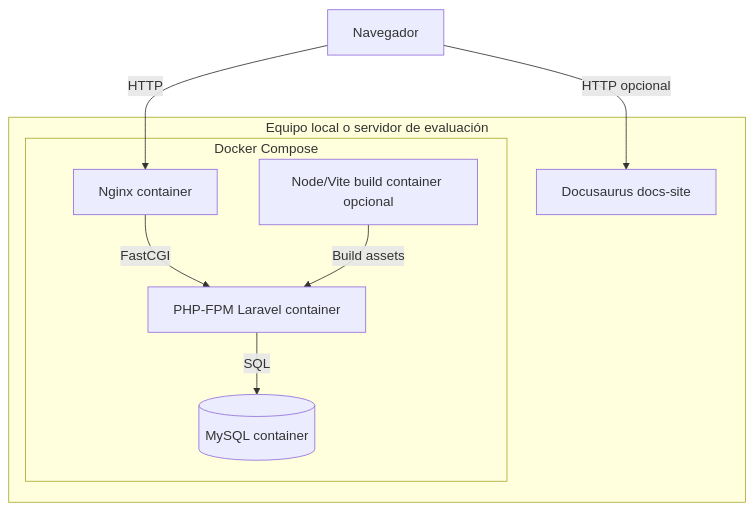
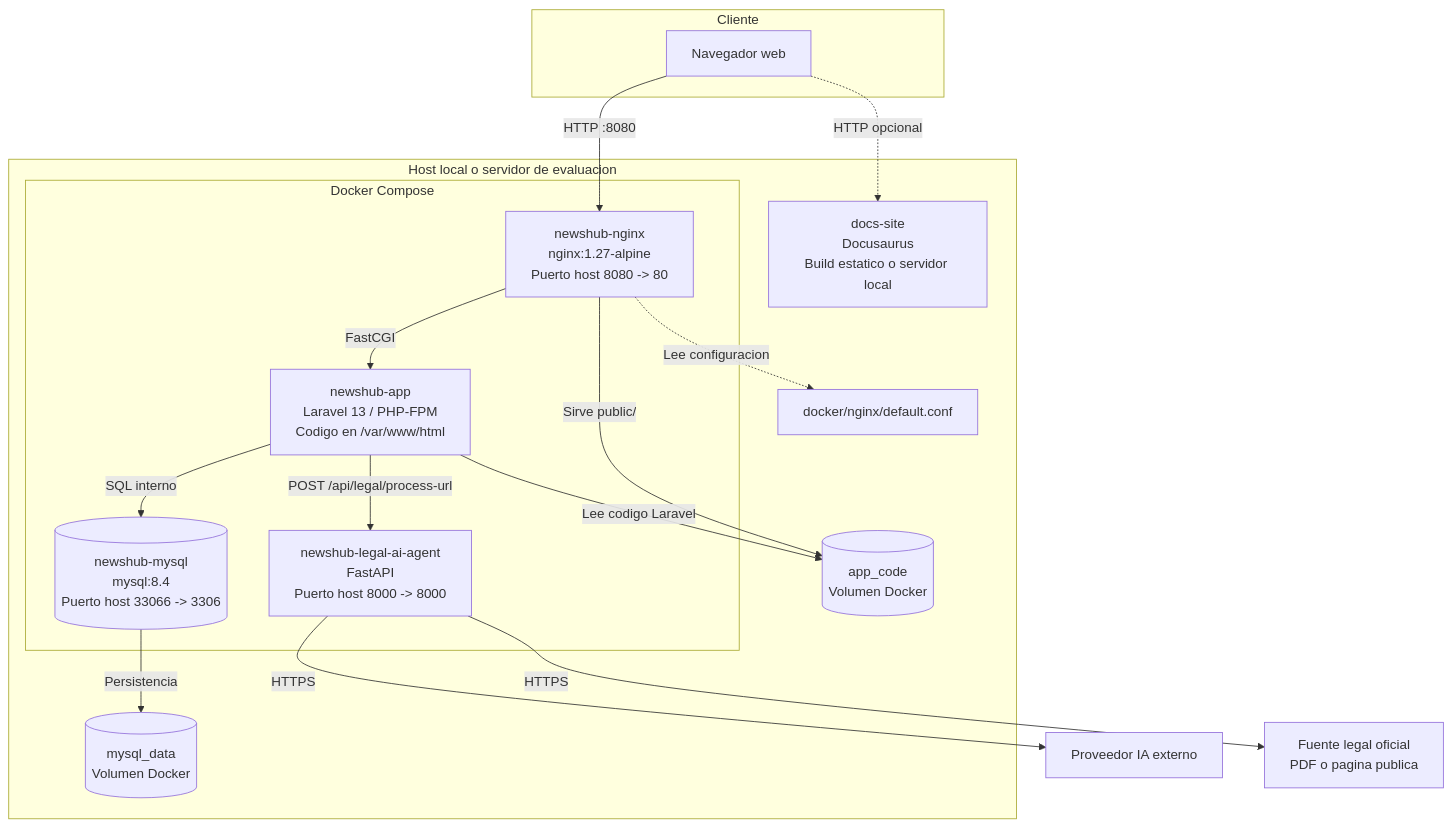
Before and after one commit to feraligatorV/NewsHub-Laravel-Agentic-News-Platform: the diagram in docs-site/docs/architecture/deployment-diagram.md, drawn with Mermaid. The commit also changed other lines of this file and 173 other files, not shown here.

````diff
--- a/docs-site/docs/architecture/deployment-diagram.md
+++ b/docs-site/docs/architecture/deployment-diagram.md
@@ -8,17 +8,35 @@
 ```mermaid
-flowchart TB
-    subgraph Host[Equipo local o servidor de evaluación]
-        subgraph Docker[Docker Compose]
-            Nginx[Nginx container]
-            App[PHP-FPM Laravel container]
-            MySQL[(MySQL container)]
-            Node[Node/Vite build container opcional]
+flowchart TD
+    subgraph Client["Cliente"]
+        Browser["Navegador web"]
+    end
+
+    subgraph Host["Host local o servidor de evaluacion"]
+        subgraph Compose["Docker Compose"]
+            Nginx["newshub-nginx<br/>nginx:1.27-alpine<br/>Puerto host 8080 -> 80"]
+            App["newshub-app<br/>Laravel 13 / PHP-FPM<br/>Codigo en /var/www/html"]
+            MySQL[("newshub-mysql<br/>mysql:8.4<br/>Puerto host 33066 -> 3306")]
+            Agent["newshub-legal-ai-agent<br/>FastAPI<br/>Puerto host 8000 -> 8000"]
         end
-        Docs[Docusaurus docs-site]
+
+        Docs["docs-site<br/>Docusaurus<br/>Build estatico o servidor local"]
+        AppVolume[("app_code<br/>Volumen Docker")]
+        DbVolume[("mysql_data<br/>Volumen Docker")]
+        NginxConf["docker/nginx/default.conf"]
     end
-    Browser[Navegador] -->|HTTP| Nginx
+
+    ExternalAI["Proveedor IA externo"]
+    LegalSource["Fuente legal oficial<br/>PDF o pagina publica"]
+
+    Browser -->|HTTP :8080| Nginx
+    Browser -.->|HTTP opcional| Docs
     Nginx -->|FastCGI| App
-    App -->|SQL| MySQL
-    Node -->|Build assets| App
-    Browser -->|HTTP opcional| Docs
+    Nginx -.->|Lee configuracion| NginxConf
+    Nginx -->|Sirve public/| AppVolume
+    App -->|Lee codigo Laravel| AppVolume
+    App -->|SQL interno| MySQL
+    MySQL -->|Persistencia| DbVolume
+    App -->|POST /api/legal/process-url| Agent
+    Agent -->|HTTPS| LegalSource
+    Agent -->|HTTPS| ExternalAI
 ```
````
